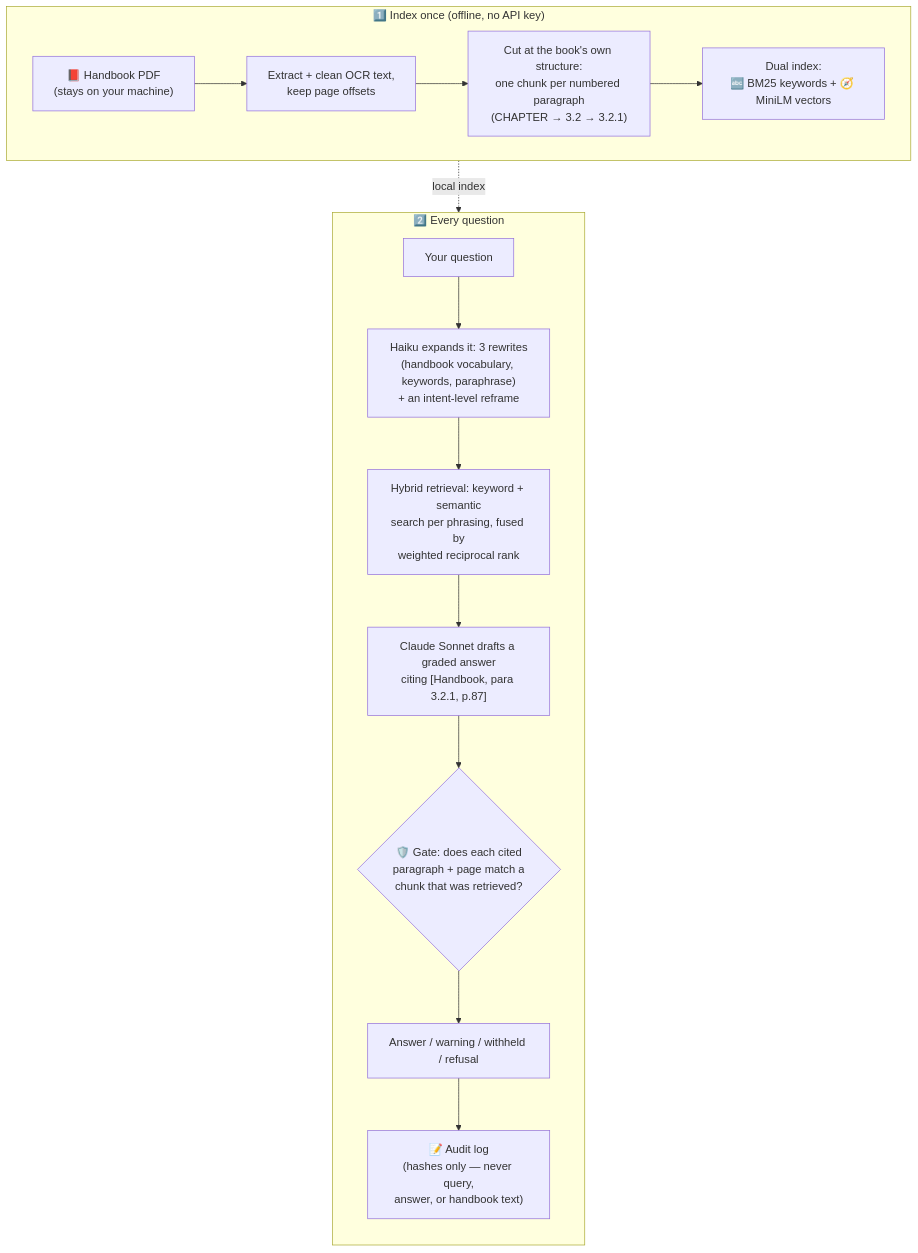
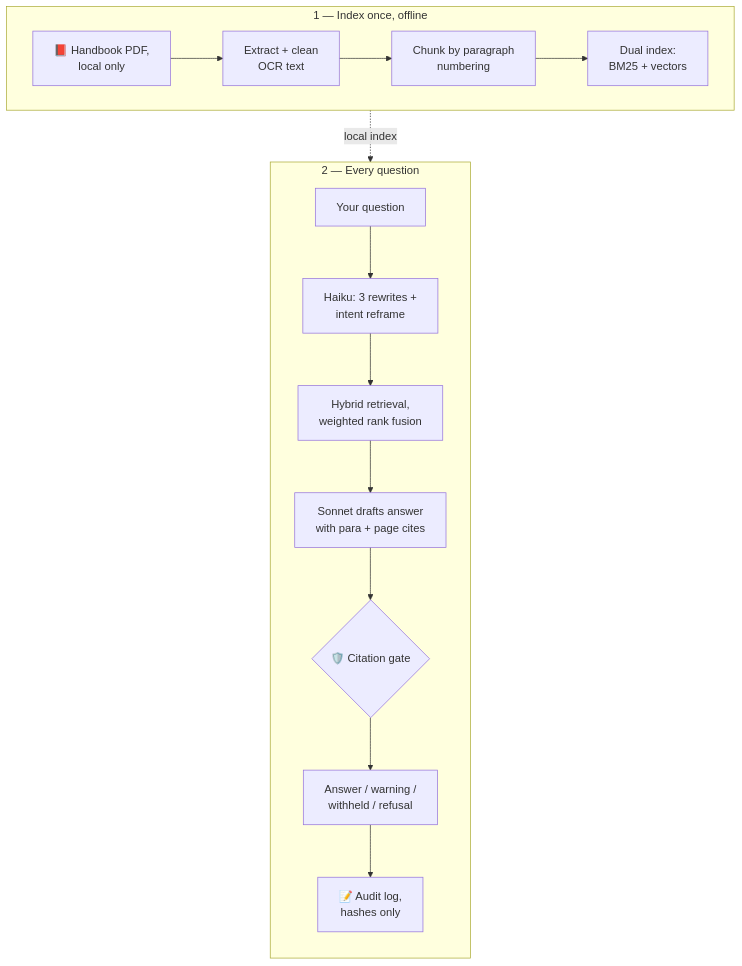
Before and after one commit to Ahsan-ire/rag-pipeline-v1: the second of 2 diagrams in README.md, drawn with Mermaid. The commit also changed other lines of this file, not shown here.

First line of the commit message:
polish: GitHub-safe mermaid diagrams — terse labels, no inline HTML

````diff
--- a/README.md
+++ b/README.md
@@ -82,21 +63,21 @@
 ```mermaid
 flowchart TB
-    subgraph index["1️⃣ Index once (offline, no API key)"]
+    subgraph index["1 — Index once, offline"]
         direction LR
-        PDF["📕 Handbook PDF<br/>(stays on your machine)"] --> ING["Extract + clean OCR text,<br/>keep page offsets"]
-        ING --> CHUNK["Cut at the book's own structure:<br/>one chunk per numbered paragraph<br/>(CHAPTER → 3.2 → 3.2.1)"]
-        CHUNK --> IDX["Dual index:<br/>🔤 BM25 keywords + 🧭 MiniLM vectors"]
+        PDF["📕 Handbook PDF,<br/>local only"] --> ING["Extract + clean<br/>OCR text"]
+        ING --> CHUNK["Chunk by paragraph<br/>numbering"]
+        CHUNK --> IDX["Dual index:<br/>BM25 + vectors"]
     end
 
-    subgraph query["2️⃣ Every question"]
+    subgraph query["2 — Every question"]
         direction TB
-        UQ["Your question"] --> RW["Haiku expands it: 3 rewrites<br/>(handbook vocabulary, keywords, paraphrase)<br/>+ an intent-level reframe"]
-        RW --> HR["Hybrid retrieval: keyword + semantic<br/>search per phrasing, fused by<br/>weighted reciprocal rank"]
-        HR --> GEN["Claude Sonnet drafts a graded answer<br/>citing [Handbook, para 3.2.1, p.87]"]
-        GEN --> GATE{"🛡️ Gate: does each cited<br/>paragraph + page match a<br/>chunk that was retrieved?"}
-        GATE --> OUT["Answer / warning / withheld / refusal"]
-        OUT --> LOG["📝 Audit log<br/>(hashes only — never query,<br/>answer, or handbook text)"]
+        UQ["Your question"] --> RW["Haiku: 3 rewrites +<br/>intent reframe"]
+        RW --> HR["Hybrid retrieval,<br/>weighted rank fusion"]
+        HR --> GEN["Sonnet drafts answer<br/>with para + page cites"]
+        GEN --> GATE{"🛡️ Citation gate"}
+        GATE --> OUT["Answer / warning /<br/>withheld / refusal"]
+        OUT --> LOG["📝 Audit log,<br/>hashes only"]
     end
 
-    index -.->|local index| HR
+    IDX -.->|local index| HR
 ```
````
